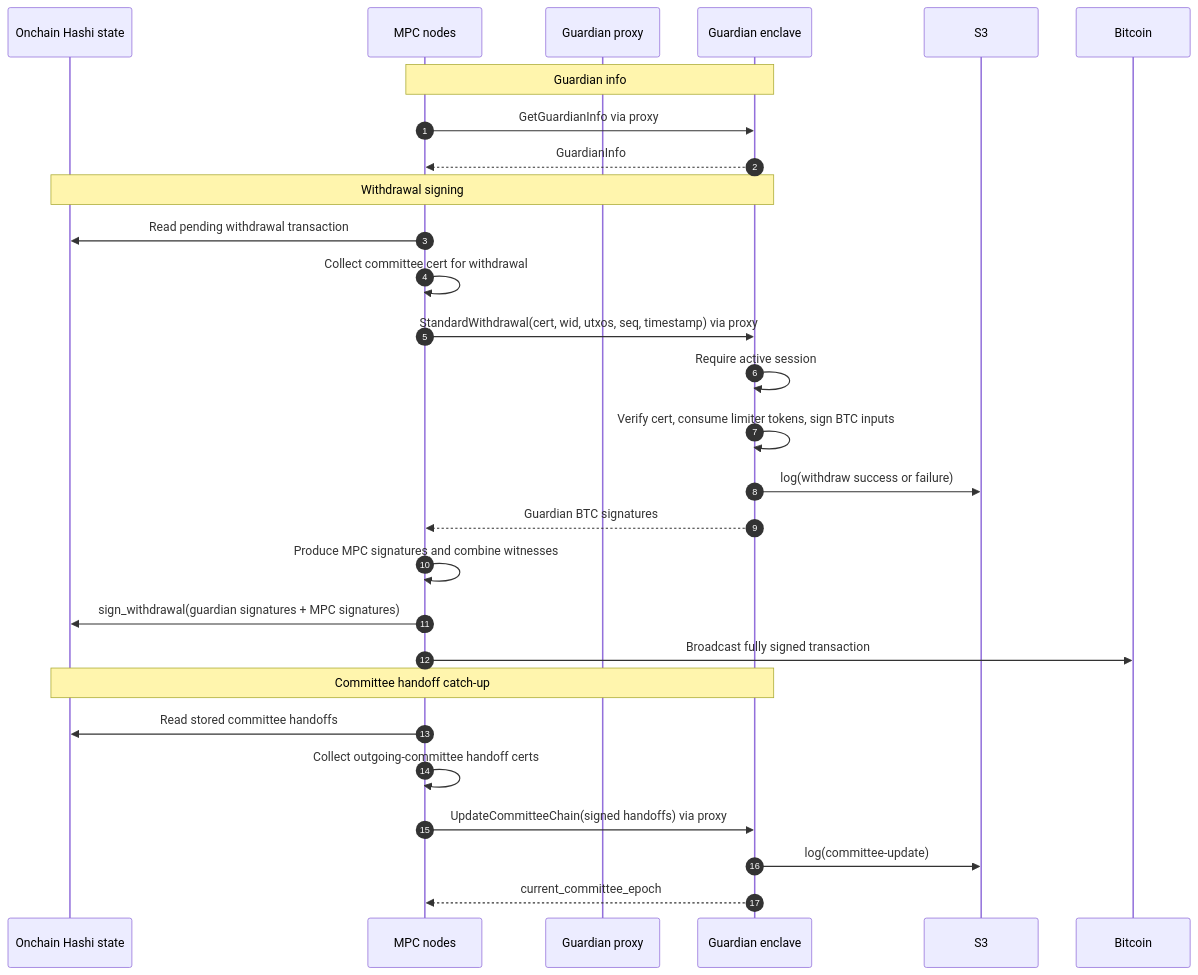
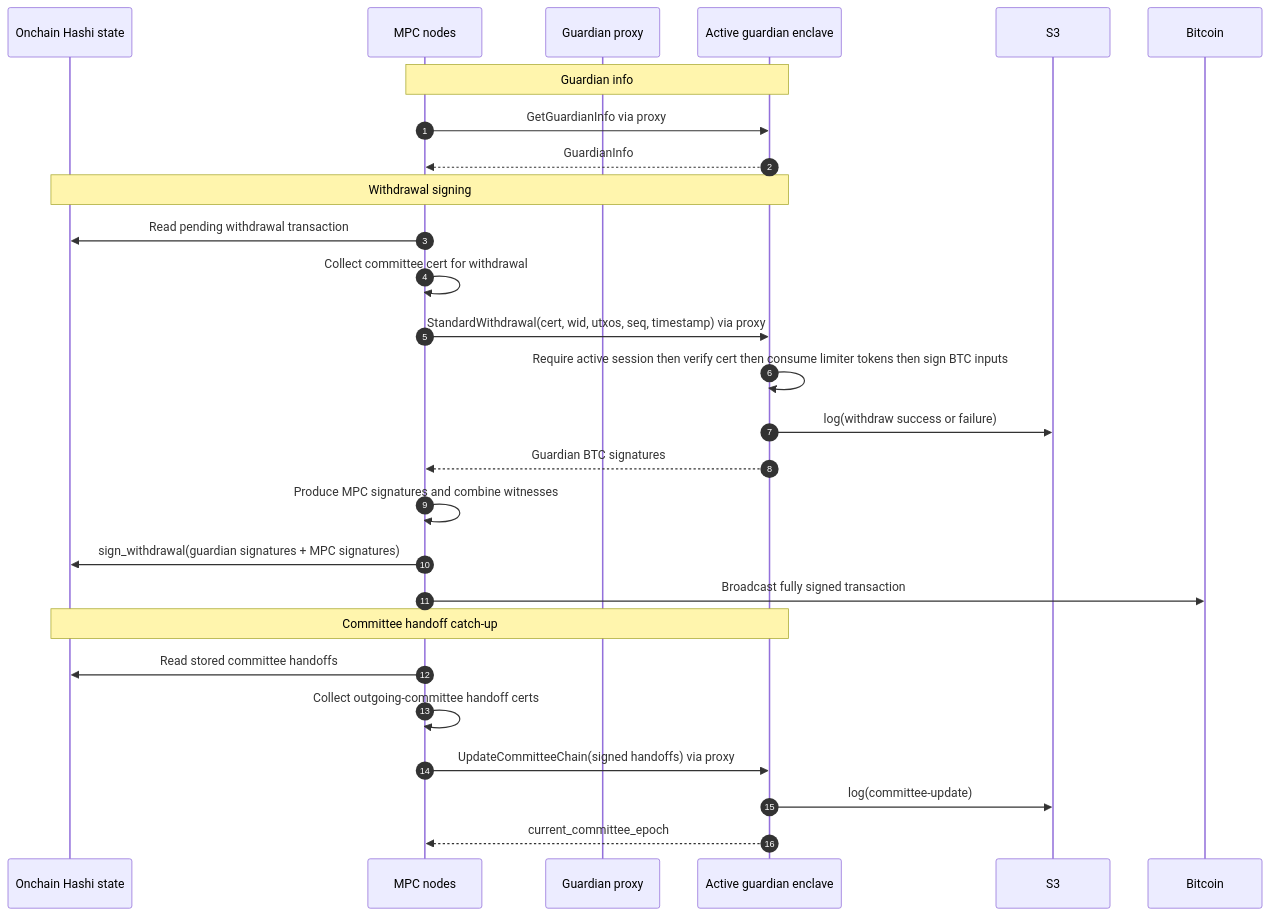
Before and after one commit to MystenLabs/hashi: the fourth of 4 diagrams in design/docs/guardian.mdx, drawn with Mermaid. The commit also changed other lines of this file, not shown here.

Commit message:
docs: refine guardian standby diagrams

````diff
--- a/design/docs/guardian.mdx
+++ b/design/docs/guardian.mdx
@@ -145,34 +146,33 @@
 ```mermaid
 sequenceDiagram
     autonumber
 
     participant Onchain as Onchain Hashi state
     participant MPC as MPC nodes
     participant Proxy as Guardian proxy
-    participant Guardian as Guardian enclave
+    participant Guardian as Active guardian enclave
     participant S3
     participant Bitcoin
 
     Note over MPC,Guardian: Guardian info
     MPC->>Guardian: GetGuardianInfo via proxy
     Guardian-->>MPC: GuardianInfo
 
     Note over Onchain,Guardian: Withdrawal signing
     MPC->>Onchain: Read pending withdrawal transaction
     MPC->>MPC: Collect committee cert for withdrawal
     MPC->>Guardian: StandardWithdrawal(cert, wid, utxos, seq, timestamp) via proxy
-    Guardian->>Guardian: Require active session
-    Guardian->>Guardian: Verify cert, consume limiter tokens, sign BTC inputs
+    Guardian->>Guardian: Require active session then verify cert then consume limiter tokens then sign BTC inputs
     Guardian->>S3: log(withdraw success or failure)
     Guardian-->>MPC: Guardian BTC signatures
     MPC->>MPC: Produce MPC signatures and combine witnesses
     MPC->>Onchain: sign_withdrawal(guardian signatures + MPC signatures)
     MPC->>Bitcoin: Broadcast fully signed transaction
 
     Note over Onchain,Guardian: Committee handoff catch-up
     MPC->>Onchain: Read stored committee handoffs
     MPC->>MPC: Collect outgoing-committee handoff certs
     MPC->>Guardian: UpdateCommitteeChain(signed handoffs) via proxy
     Guardian->>S3: log(committee-update)
     Guardian-->>MPC: current_committee_epoch
 ```
````
